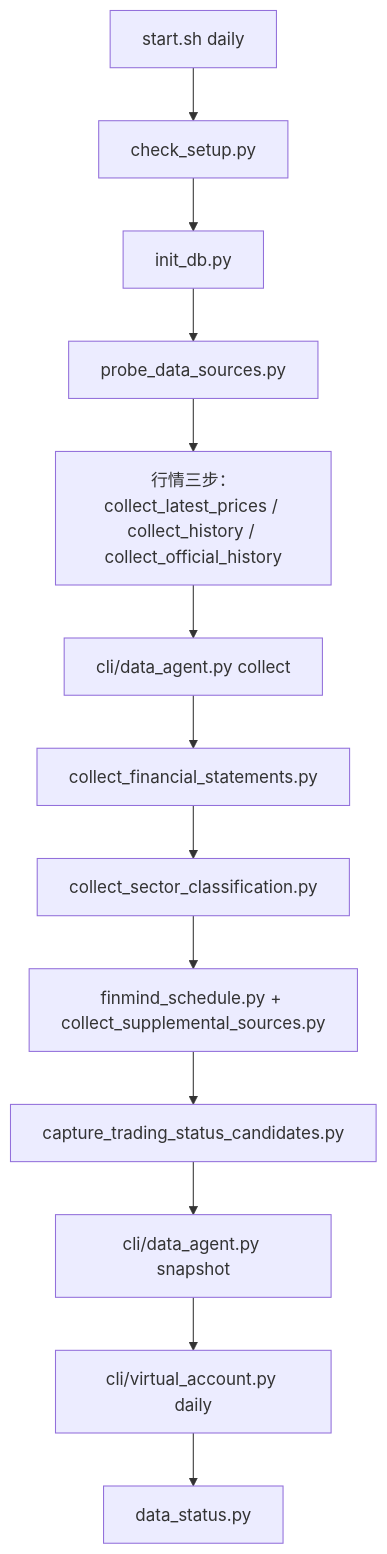
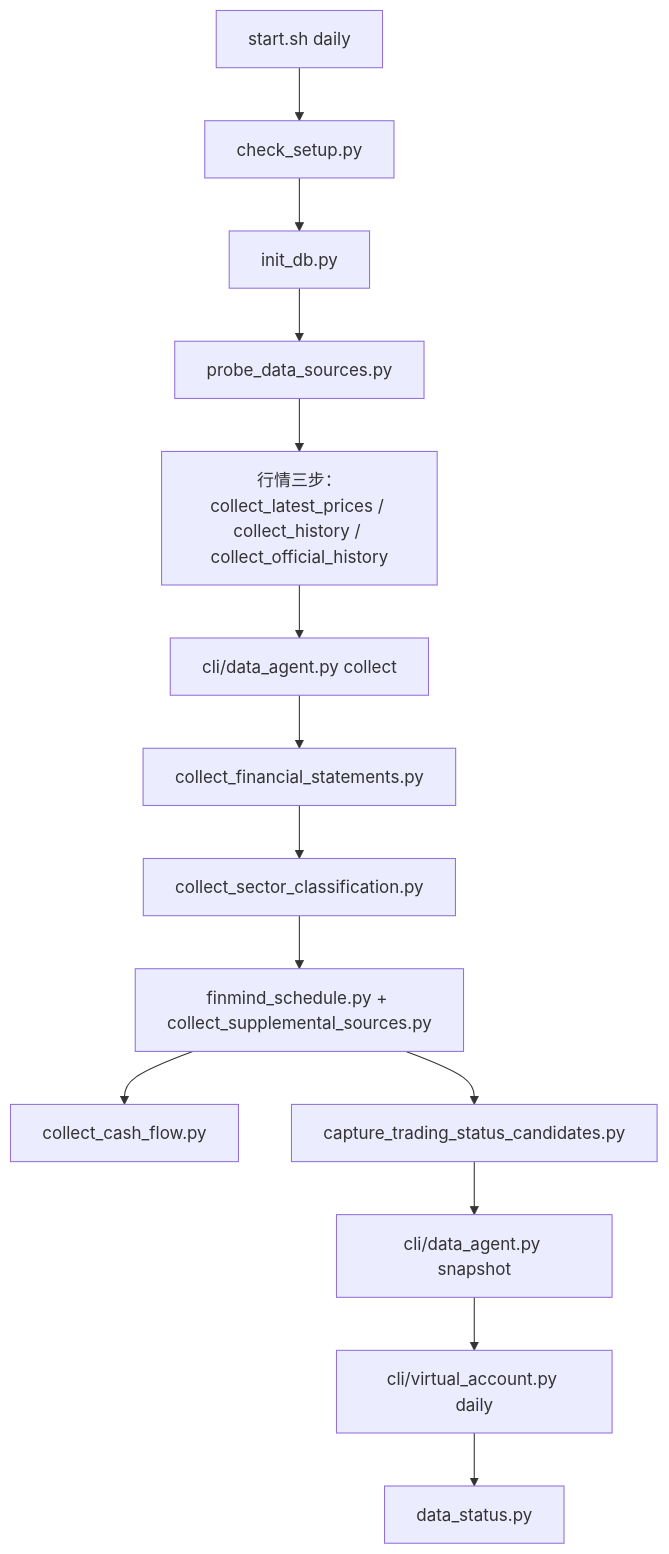
Before and after one commit to zxcvb8885123/ETF-AGENTS: the first of 2 diagrams in scripts/README.md, drawn with Mermaid. The commit also changed other lines of this file and 54 other files, not shown here.

````diff
--- a/scripts/README.md
+++ b/scripts/README.md
@@ -37,15 +38,16 @@
 ```mermaid
 flowchart TD
     S[start.sh daily] --> CHK[check_setup.py]
     CHK --> DB[init_db.py]
     DB --> PRB[probe_data_sources.py]
     PRB --> PRICE[行情三步：collect_latest_prices / collect_history / collect_official_history]
     PRICE --> CORP[cli/data_agent.py collect]
     CORP --> FS[collect_financial_statements.py]
     FS --> SEC[collect_sector_classification.py]
     SEC --> FM[finmind_schedule.py + collect_supplemental_sources.py]
+    FM --> CF[collect_cash_flow.py]
     FM --> CAL[capture_trading_status_candidates.py]
     CAL --> SNAP[cli/data_agent.py snapshot]
     SNAP --> LED[cli/virtual_account.py daily]
     LED --> ST[data_status.py]
 ```
````
